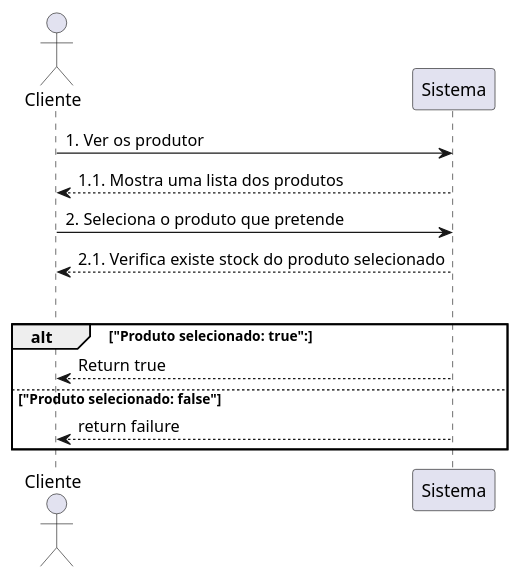
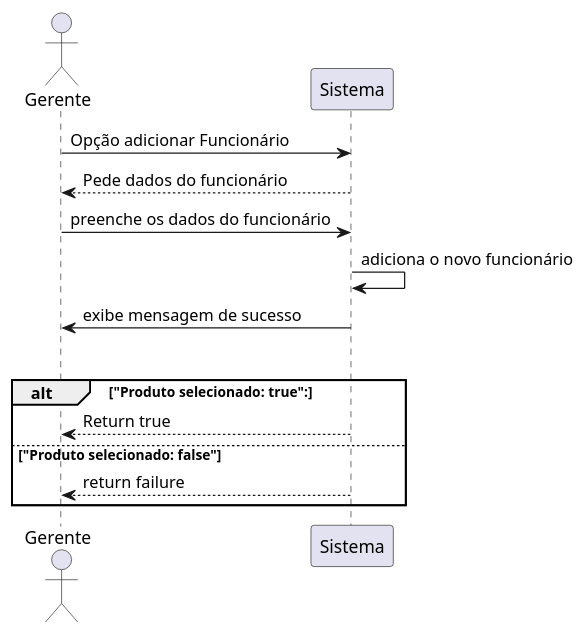
One commit to Fernandowgp/fsoft2024_1DC_3 changed the diagram in UC Clientes/UML/UC2-Cliente-SelecionarProdutoUML.puml. Above: the diagram before and after it, drawn with PlantUML. The commit also changed 14 other files, not shown here.

```diff
--- a/UC Clientes/UML/UC2-Cliente-SelecionarProdutoUML.puml
+++ b/UC Clientes/UML/UC2-Cliente-SelecionarProdutoUML.puml
@@ -1,15 +1,19 @@
 @startuml
-actor Cliente as c
-participant "Sistema" as s
+actor Gerente as g
+participant Sistema as s
 
-c -> s: 1. Ver os produtor
-s --> c: 1.1. Mostra uma lista dos produtos
-c -> s: 2. Seleciona o produto que pretende
-s --> c: 2.1. Verifica existe stock do produto selecionado
+g -> s: Opção adicionar Funcionário
+s --> g   : Pede dados do funcionário
+g -> s: preenche os dados do funcionário
+
+    s -> s: adiciona o novo funcionário
+    s -> g: exibe mensagem de sucesso
+
+
 alt
     alt "Produto selecionado: true":
-        s-->c: Return true
+        s-->g: Return true
     else "Produto selecionado: false"
-        s-->c: return failure
+        s-->g: return failure
 end
 @enduml
```
